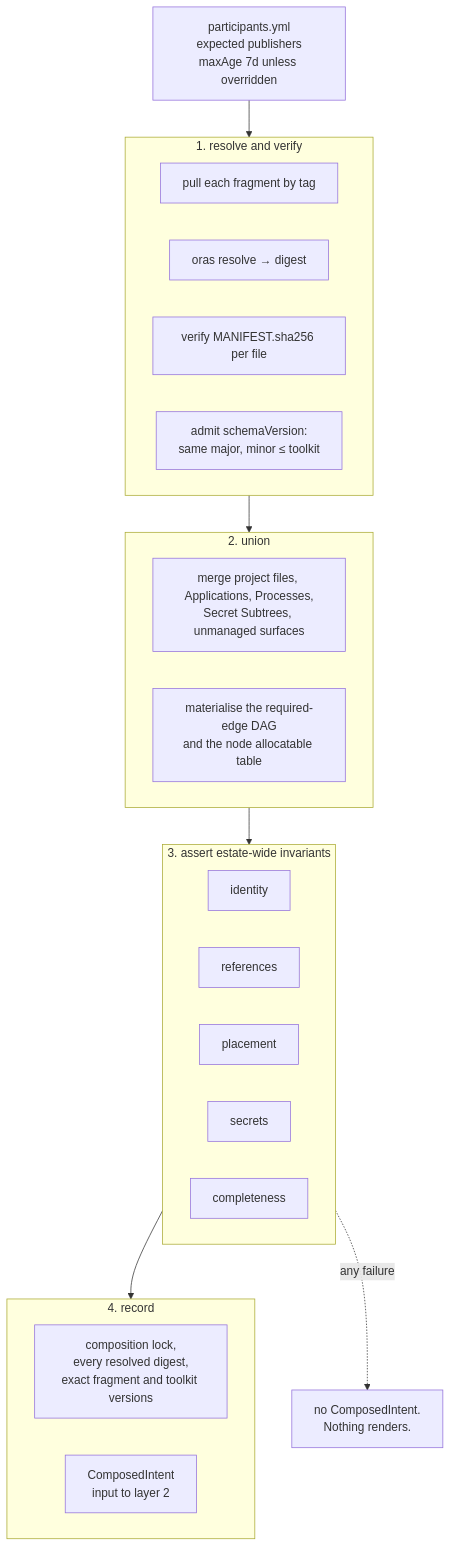
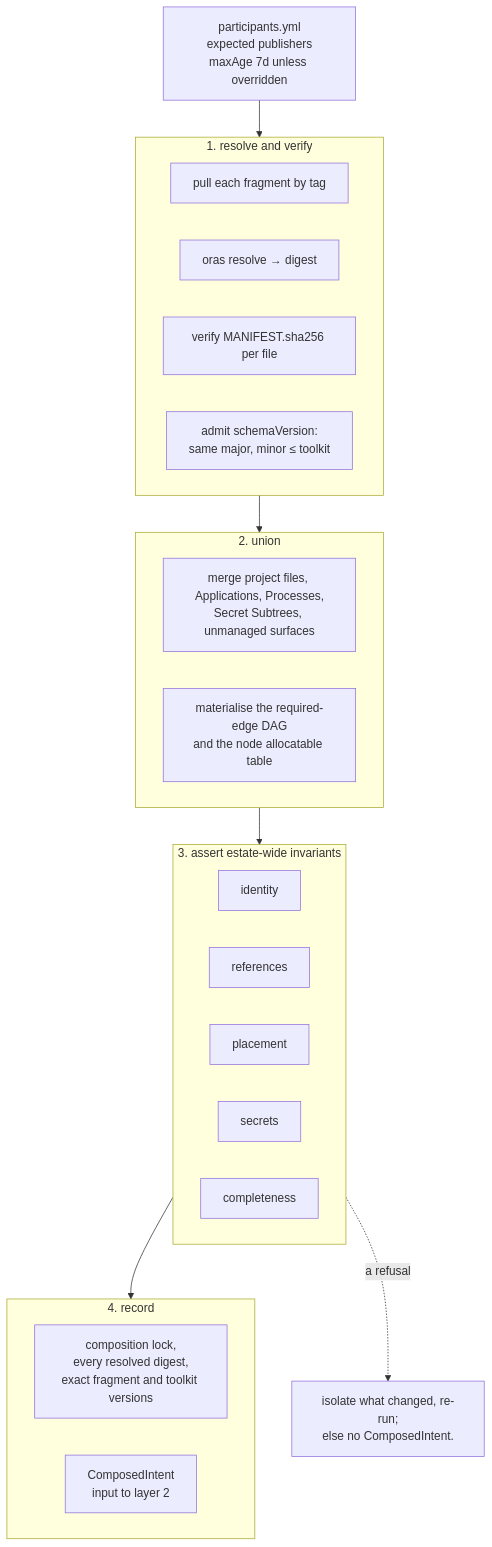
One commit to JorisJonkers-dev/deploy-kit changed the diagram in spec/v1/40-composition.md. Above: the diagram before and after it, drawn with Mermaid. The commit also changed other lines of this file and 21 other files, not shown here.

````diff
--- a/spec/v1/40-composition.md
+++ b/spec/v1/40-composition.md
@@ -777,35 +836,35 @@
 ```mermaid
 flowchart TB
     P["participants.yml<br/>expected publishers<br/>maxAge 7d unless overridden"]
 
     subgraph PULL["1. resolve and verify"]
         p1["pull each fragment by tag"]
         p2["oras resolve → digest"]
         p3["verify MANIFEST.sha256 per file"]
         p4["admit schemaVersion:<br/>same major, minor ≤ toolkit"]
     end
 
     subgraph UNION["2. union"]
         u1["merge project files, Applications, Processes,<br/>Secret Subtrees, unmanaged surfaces"]
         u2["materialise the required-edge DAG<br/>and the node allocatable table"]
     end
 
     subgraph ASSERT["3. assert estate-wide invariants"]
         a1["identity"]
         a2["references"]
         a3["placement"]
         a4["secrets"]
         a5["completeness"]
     end
 
     subgraph OUT["4. record"]
         o1["composition lock,<br/>every resolved digest,<br/>exact fragment and toolkit versions"]
         o2["ComposedIntent<br/>input to layer 2"]
     end
 
     P --> PULL
     PULL --> UNION
     UNION --> ASSERT
     ASSERT --> OUT
-    ASSERT -.->|"any failure"| X["no ComposedIntent.<br/>Nothing renders."]
+    ASSERT -.->|"a refusal"| X["isolate what changed, re-run;<br/>else no ComposedIntent."]
 ```
````
